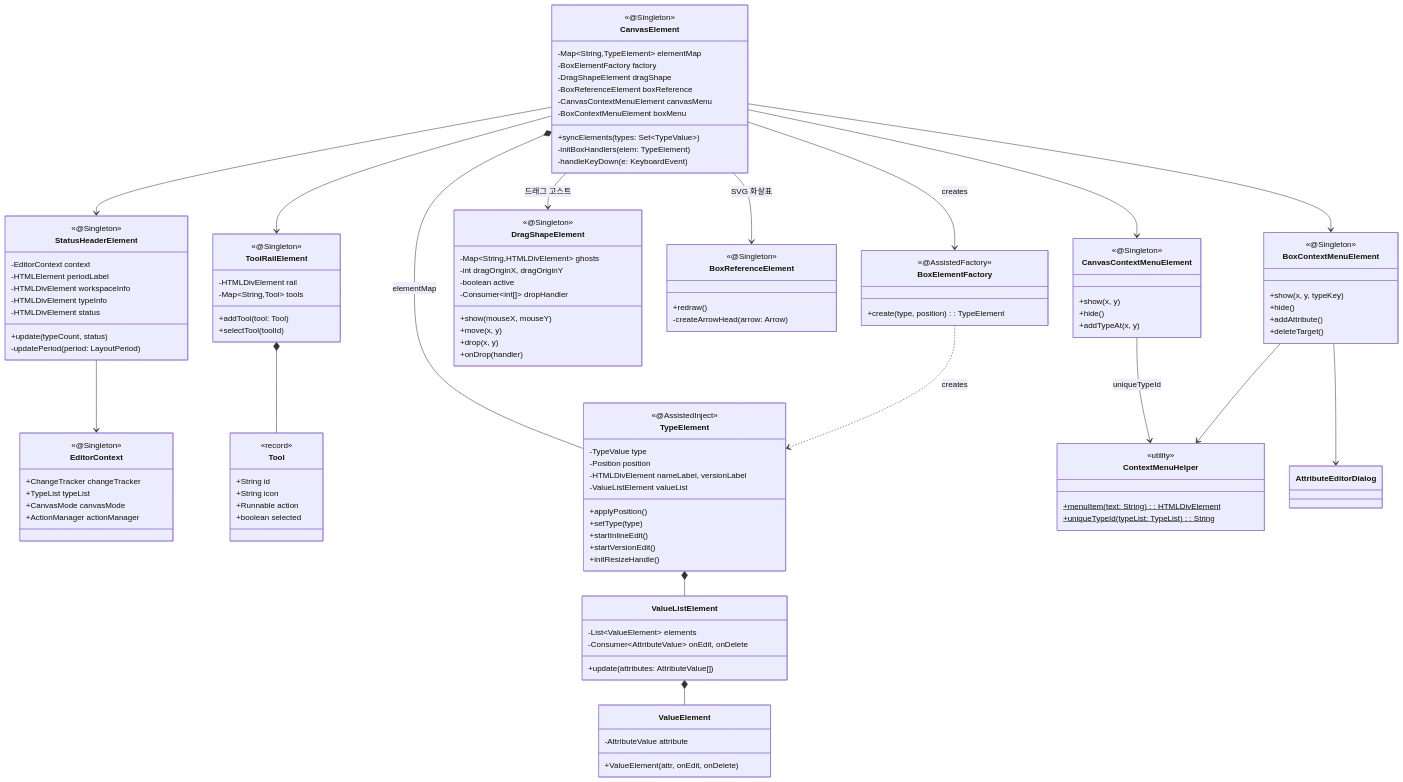
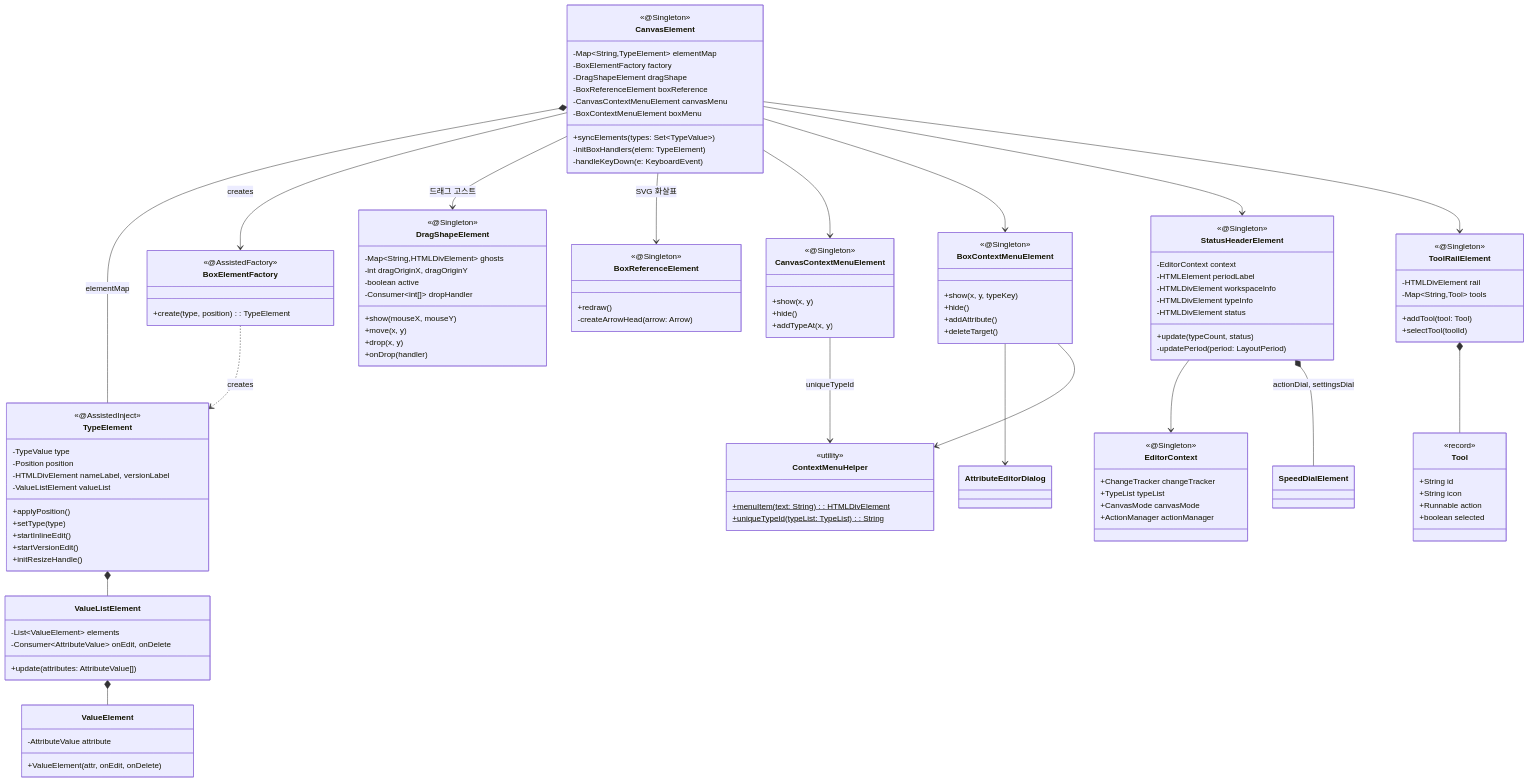
Before and after one commit to sayaya1090/handbook: the fifth of 8 diagrams in type-ui/CLASS-DIAGRAM.md, drawn with Mermaid. The commit also changed other lines of this file and 3 other files, not shown here.

Commit message:
docs: 모바일 Speed Dial 구현에 따른 클래스 다이어그램 및 에이전트 연동 가이드 최신화

```diff
--- a/type-ui/CLASS-DIAGRAM.md
+++ b/type-ui/CLASS-DIAGRAM.md
@@ -410,6 +410,7 @@
     CanvasElement --> StatusHeaderElement
     CanvasElement --> ToolRailElement
     StatusHeaderElement --> EditorContext
+    StatusHeaderElement *-- SpeedDialElement : actionDial, settingsDial
     ToolRailElement *-- Tool
     BoxElementFactory ..> TypeElement : creates
     TypeElement *-- ValueListElement
```
